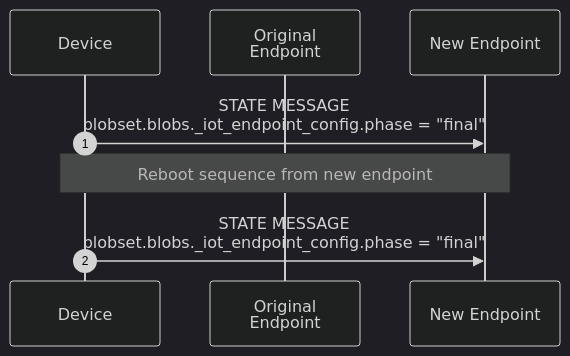
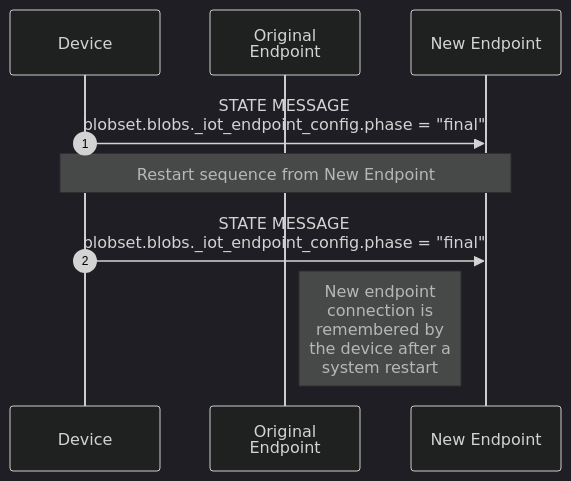
Before and after one commit to faucetsdn/udmi: the third of 3 diagrams in docs/specs/sequences/endpoint_reconfiguration.md, drawn with Mermaid (dark theme). The commit also changed other lines of this file, not shown here.

````diff
--- a/docs/specs/sequences/endpoint_reconfiguration.md
+++ b/docs/specs/sequences/endpoint_reconfiguration.md
@@ -63,11 +62,12 @@
 ```mermaid
 %%{wrap}%%
 sequenceDiagram
     autonumber
     participant D as Device
     participant E as Original Endpoint
     participant E' as New Endpoint
     D->>E':STATE MESSAGE<br/>blobset.blobs._iot_endpoint_config.phase = "final"
-    note over D,E': Reboot sequence from new endpoint
+    note over D,E': Restart sequence from New Endpoint
     D->>E':STATE MESSAGE<br/>blobset.blobs._iot_endpoint_config.phase = "final"
+    note left of E': New endpoint connection is remembered by the device after a system restart
 ```
````
